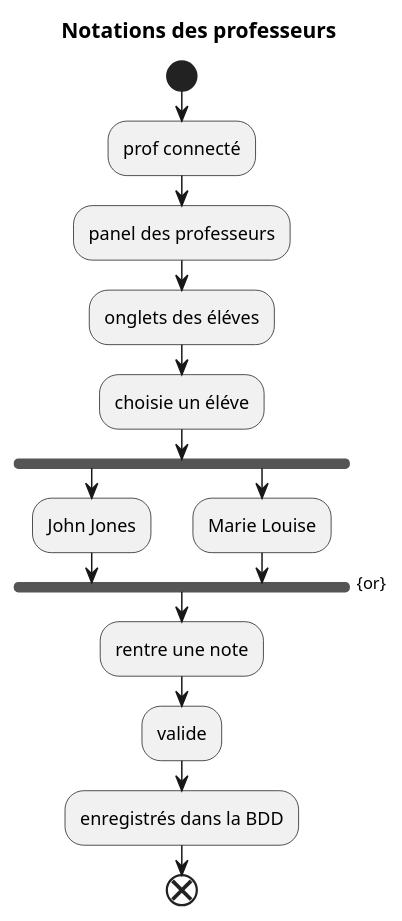
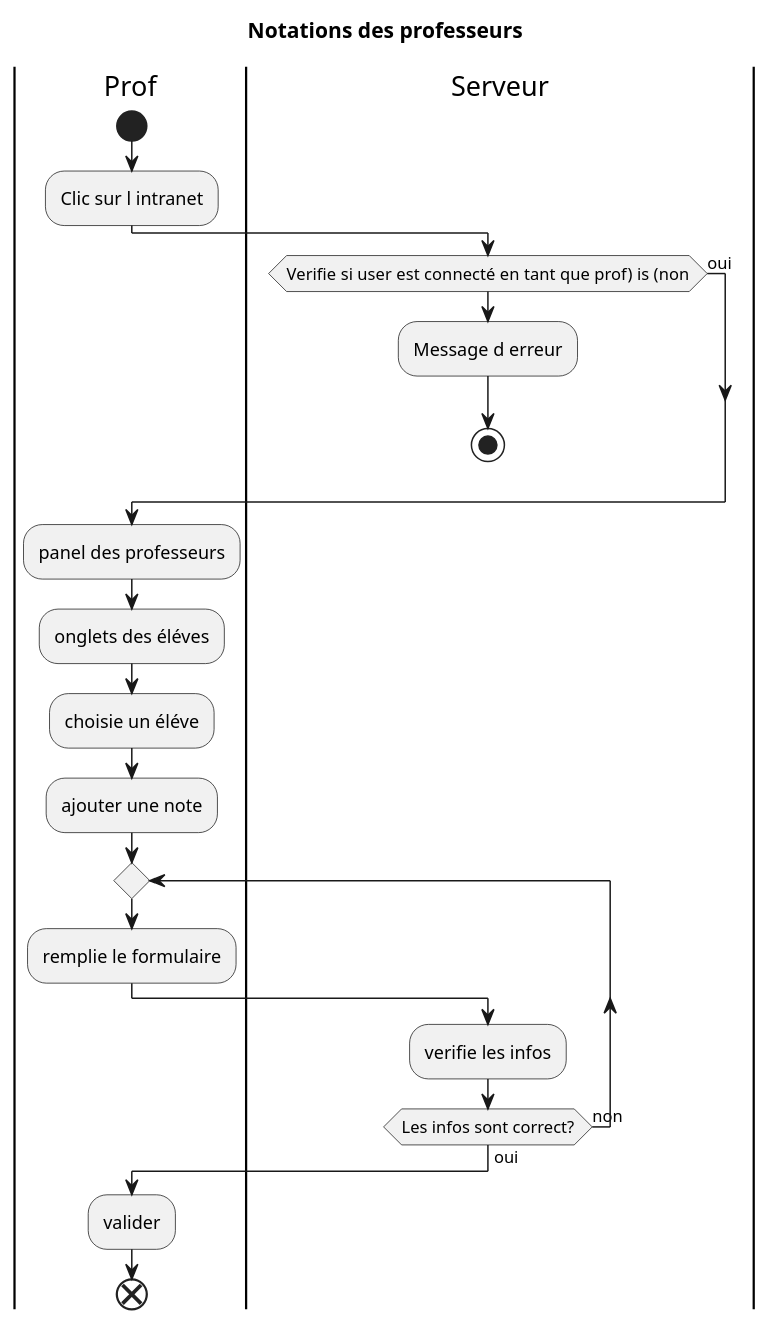
The diagram in Diagramme/DiagrammeNotation.puml (fledgless/Poudlard), drawn with PlantUML before and after one commit. The commit also changed other lines of this file, not shown here.

Commit message:
diagramme notation

```diff
--- a/Diagramme/DiagrammeNotation.puml
+++ b/Diagramme/DiagrammeNotation.puml
@@ -1,17 +1,25 @@
 @startuml notes
 title Notations des professeurs  
+|Prof|
 start
-:prof connecté;
+:Clic sur l intranet;
+|Serveur|
+if (Verifie  si user est connecté en tant que prof) is (non) then (oui)
+else
+:Message d erreur;
+stop
+endif
+|Prof|
 :panel des professeurs;
 :onglets des éléves;
 :choisie un éléve;
-fork
-  :John Jones;
-fork again
-  :Marie Louise;
-end fork {or}
-:rentre une note;
-:valide;
-:enregistrés dans la BDD;
+:ajouter une note;
+repeat
+:remplie le formulaire;
+|Serveur|
+:verifie les infos;
+repeat while (Les infos sont correct?) is (non) not (oui)
+|Prof|
+:valider;
 end
 @enduml
```
